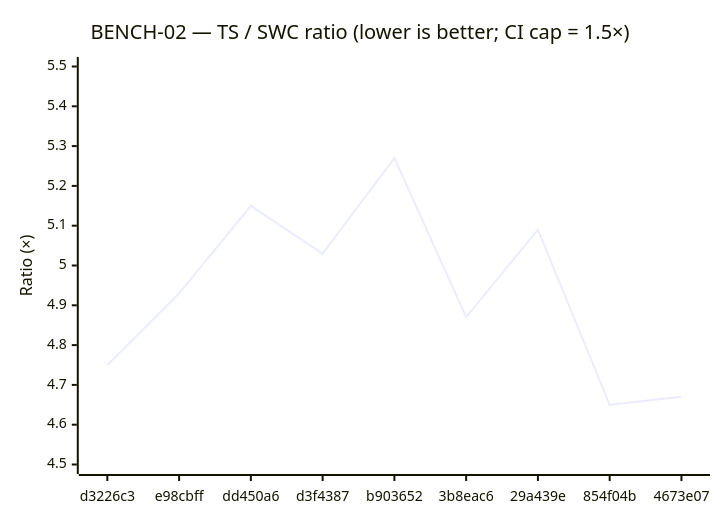
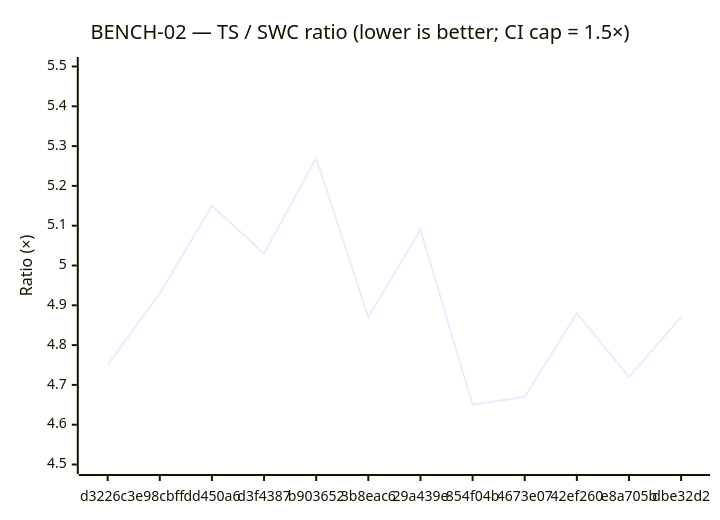
One commit to QwikDev/qwik changed the second of 2 diagrams in packages/qwik-ts-optimizer/BENCHMARKS.md. Above: the diagram before and after it, drawn with Mermaid. The commit also changed other lines of this file, not shown here.

````diff
--- a/packages/qwik-ts-optimizer/BENCHMARKS.md
+++ b/packages/qwik-ts-optimizer/BENCHMARKS.md
@@ -102,7 +108,7 @@
 ```mermaid
 xychart-beta
     title "BENCH-02 — TS / SWC ratio (lower is better; CI cap = 1.5×)"
-    x-axis ["d3226c3", "e98cbff", "dd450a6", "d3f4387", "b903652", "3b8eac6", "29a439e", "854f04b", "4673e07"]
+    x-axis ["d3226c3", "e98cbff", "dd450a6", "d3f4387", "b903652", "3b8eac6", "29a439e", "854f04b", "4673e07", "42ef260", "e8a705b", "dbe32d2"]
     y-axis "Ratio (×)" 4.5 --> 5.5
-    line [4.75, 4.93, 5.15, 5.03, 5.27, 4.87, 5.09, 4.65, 4.67]
+    line [4.75, 4.93, 5.15, 5.03, 5.27, 4.87, 5.09, 4.65, 4.67, 4.88, 4.72, 4.87]
 ```
````
